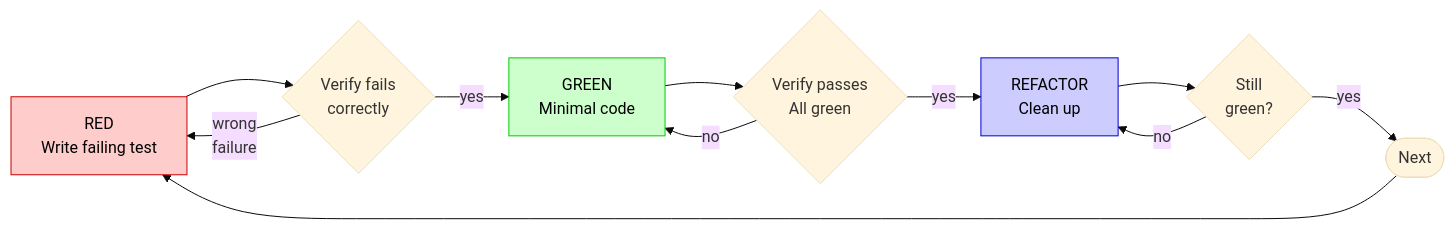
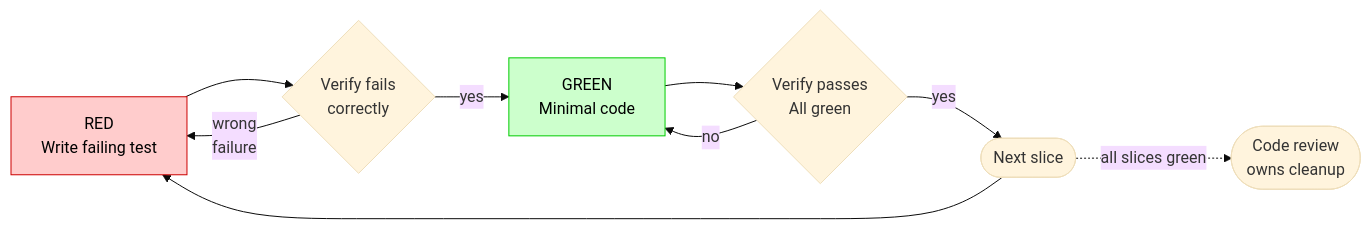
Before and after one commit to Broderick-Westrope/dotagents: the diagram in skills/test-driven-development/SKILL.md, drawn with Mermaid (base theme). The commit also changed other lines of this file, not shown here.

Commit message:
end the TDD loop at green and leave structural cleanup to review

````diff
--- a/skills/test-driven-development/SKILL.md
+++ b/skills/test-driven-development/SKILL.md
@@ -49,17 +49,14 @@
 ```mermaid
 flowchart LR
     RED["RED\nWrite failing test"]:::red --> VERIFY_RED{"Verify fails\ncorrectly"}
     VERIFY_RED -->|yes| GREEN["GREEN\nMinimal code"]:::green
     VERIFY_RED -->|"wrong\nfailure"| RED
     GREEN --> VERIFY_GREEN{"Verify passes\nAll green"}
-    VERIFY_GREEN -->|yes| REFACTOR["REFACTOR\nClean up"]:::blue
+    VERIFY_GREEN -->|yes| NEXT(["Next slice"])
     VERIFY_GREEN -->|no| GREEN
-    REFACTOR --> VERIFY_GREEN2{"Still\ngreen?"}
-    VERIFY_GREEN2 -->|yes| NEXT(["Next"])
-    VERIFY_GREEN2 -->|no| REFACTOR
     NEXT --> RED
+    NEXT -.->|"all slices green"| REVIEW(["Code review\nowns cleanup"])
 
     classDef red fill:#ffcccc,stroke:#cc0000,color:#000
     classDef green fill:#ccffcc,stroke:#00cc00,color:#000
-    classDef blue fill:#ccccff,stroke:#0000cc,color:#000
 ```
````
